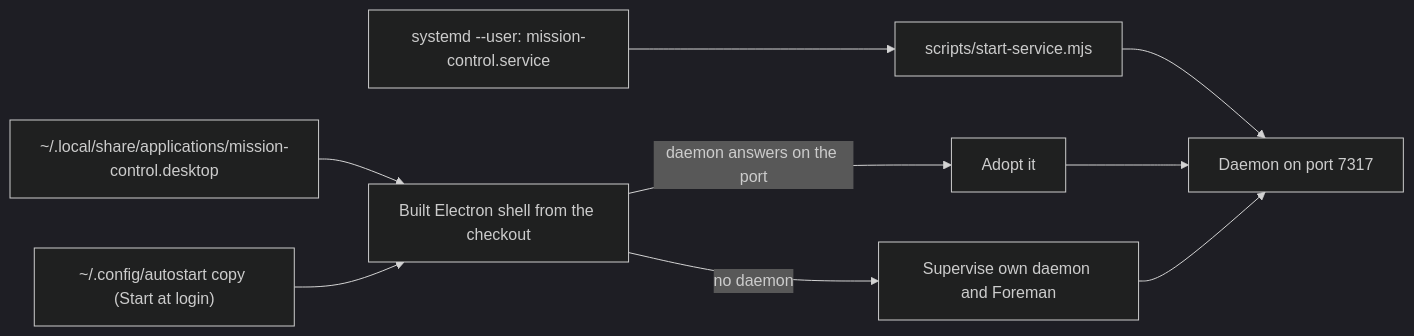
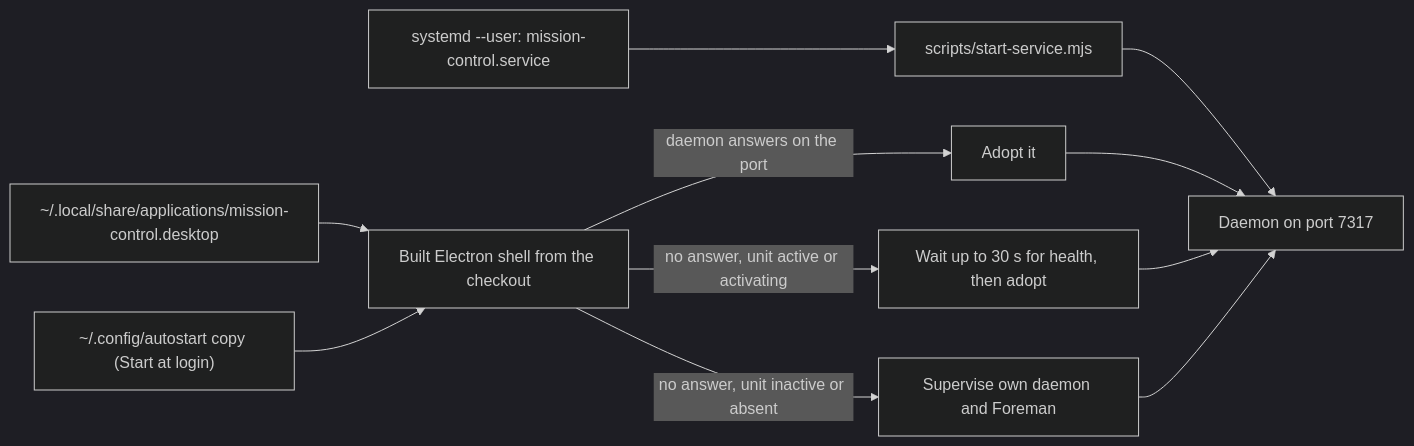
One commit to ramiro314/mission-control changed the third of 3 diagrams in docs/plans/linux-readiness/plan.md. Above: the diagram before and after it, drawn with Mermaid (dark theme). The commit also changed other lines of this file and 1 other file, not shown here.

````diff
--- a/docs/plans/linux-readiness/plan.md
+++ b/docs/plans/linux-readiness/plan.md
@@ -425,10 +556,12 @@
 ```mermaid
 flowchart LR
   S["systemd --user: mission-control.service"] --> SS[scripts/start-service.mjs] --> DM[Daemon on port 7317]
   E["~/.local/share/applications/mission-control.desktop"] --> B[Built Electron shell from the checkout]
   A["~/.config/autostart copy (Start at login)"] --> B
   B -->|daemon answers on the port| AD[Adopt it]
-  B -->|no daemon| SP[Supervise own daemon and Foreman]
+  B -->|"no answer, unit active or activating"| WT[Wait up to 30 s for health, then adopt]
+  B -->|"no answer, unit inactive or absent"| SP[Supervise own daemon and Foreman]
   AD --> DM
+  WT --> DM
   SP --> DM
 ```
````
